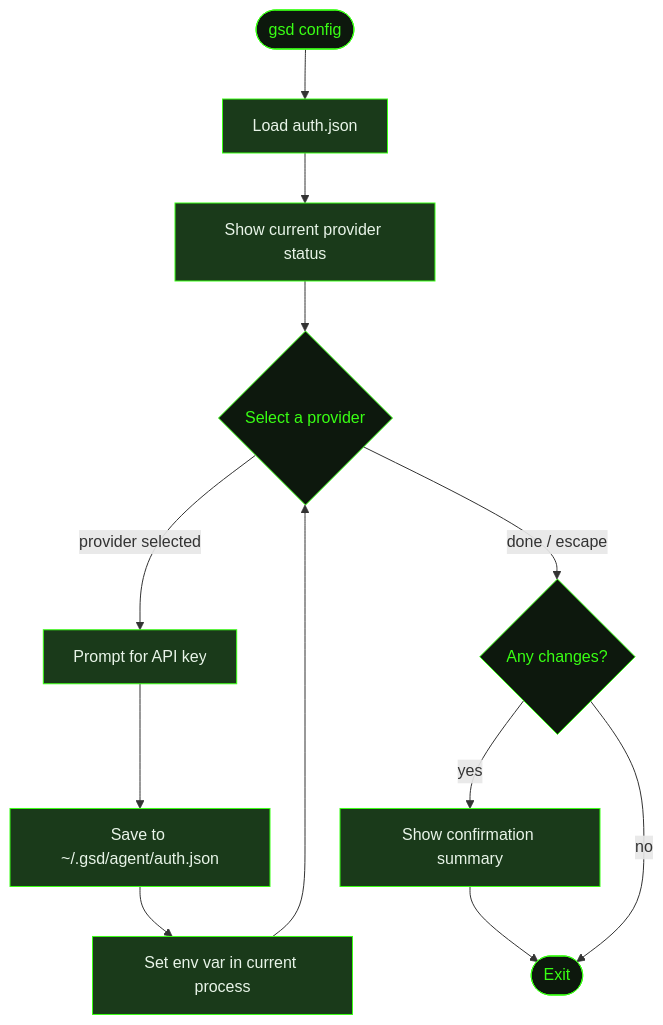
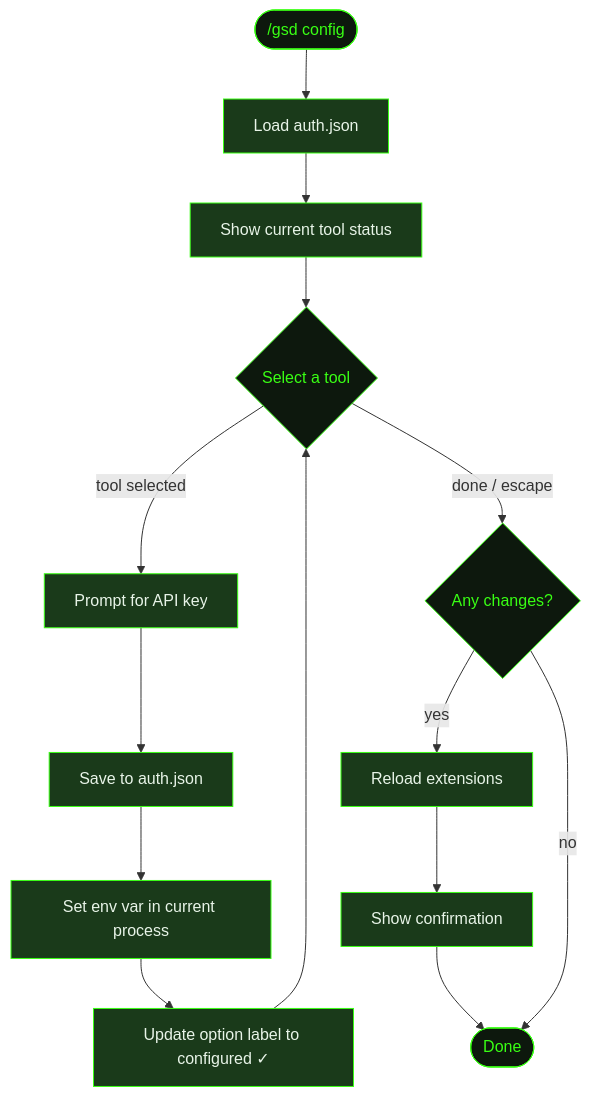
One commit to shusha-group/gsd2-guide changed the diagram in src/content/docs/commands/config.mdx. Above: the diagram before and after it, drawn with Mermaid. The commit also changed other lines of this file and 79 other files, not shown here.

````diff
--- a/src/content/docs/commands/config.mdx
+++ b/src/content/docs/commands/config.mdx
@@ -26,25 +26,29 @@
 ```mermaid
 flowchart TD
-    Start(["gsd config"]) --> Load[Load auth.json]
-    Load --> Status[Show current provider status]
-    Status --> Loop{Select a provider}
-    Loop -->|provider selected| Input[Prompt for API key]
-    Input --> Save[Save to ~/.gsd/agent/auth.json]
+    Start(["/gsd config"]) --> Load[Load auth.json]
+    Load --> Status[Show current tool status]
+    Status --> Loop{Select a tool}
+    Loop -->|tool selected| Input[Prompt for API key]
+    Input --> Save[Save to auth.json]
     Save --> Activate[Set env var in current process]
-    Activate --> Loop
+    Activate --> UpdateLabel[Update option label to configured ✓]
+    UpdateLabel --> Loop
     Loop -->|done / escape| Changed{Any changes?}
-    Changed -->|yes| Confirm[Show confirmation summary]
-    Confirm --> End([Exit])
+    Changed -->|yes| Reload[Reload extensions]
+    Reload --> Confirm[Show confirmation]
+    Confirm --> End([Done])
     Changed -->|no| End
 
     style Start fill:#0d180d,stroke:#39ff14,color:#39ff14
     style Loop fill:#0d180d,stroke:#39ff14,color:#39ff14
     style Changed fill:#0d180d,stroke:#39ff14,color:#39ff14
     style Load fill:#1a3a1a,stroke:#39ff14,color:#e8f4e8
     style Status fill:#1a3a1a,stroke:#39ff14,color:#e8f4e8
     style Input fill:#1a3a1a,stroke:#39ff14,color:#e8f4e8
     style Save fill:#1a3a1a,stroke:#39ff14,color:#e8f4e8
     style Activate fill:#1a3a1a,stroke:#39ff14,color:#e8f4e8
+    style UpdateLabel fill:#1a3a1a,stroke:#39ff14,color:#e8f4e8
+    style Reload fill:#1a3a1a,stroke:#39ff14,color:#e8f4e8
     style Confirm fill:#1a3a1a,stroke:#39ff14,color:#e8f4e8
     style End fill:#0d180d,stroke:#39ff14,color:#39ff14
 ```
````
